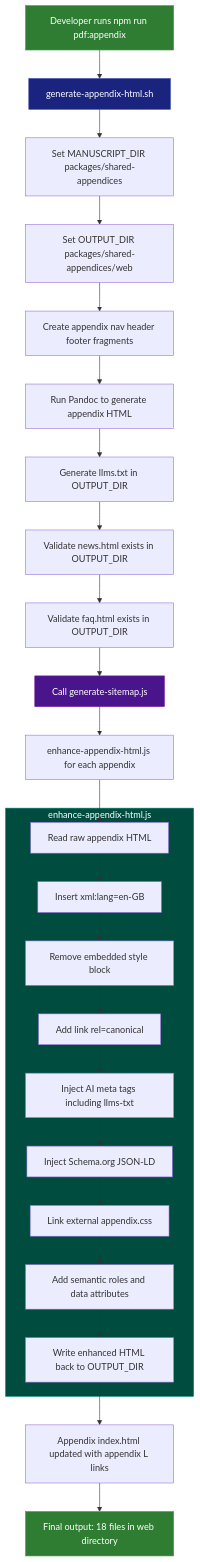
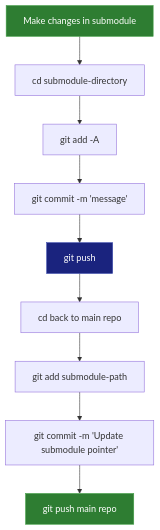
The fourth of 4 diagrams in docs/architecture/doc-architecture.md (ddttom/invisible-users), drawn with Mermaid before and after one commit. The commit also changed other lines of this file, not shown here.

First line of the commit message:
Comprehensive architecture documentation rewrite

````diff
--- a/docs/architecture/doc-architecture.md
+++ b/docs/architecture/doc-architecture.md
@@ -35,42 +457,15 @@
 ```mermaid
 flowchart TB
-    A[Developer runs npm run pdf:appendix] --> B[generate-appendix-html.sh]
+    A[Make changes in submodule] --> B[cd submodule-directory]
+    B --> C[git add -A]
+    C --> D[git commit -m 'message']
+    D --> E[git push]
+    E --> F[cd back to main repo]
+    F --> G[git add submodule-path]
+    G --> H[git commit -m 'Update submodule pointer']
+    H --> I[git push main repo]
 
-    B --> C[Set MANUSCRIPT_DIR packages/shared-appendices]
-    C --> D[Set OUTPUT_DIR packages/shared-appendices/web]
-
-    D --> E[Create appendix nav header footer fragments]
-    E --> F[Run Pandoc to generate appendix HTML]
-
-    F --> G[Generate llms.txt in OUTPUT_DIR]
-
-    G --> H[Validate news.html exists in OUTPUT_DIR]
-    H --> I[Validate faq.html exists in OUTPUT_DIR]
-
-    I --> J[Call generate-sitemap.js]
-
-    J --> K[enhance-appendix-html.js for each appendix]
-
-    subgraph enhance[enhance-appendix-html.js]
-        K1[Read raw appendix HTML]
-        K2[Insert xml:lang=en-GB]
-        K3[Remove embedded style block]
-        K4[Add link rel=canonical]
-        K5[Inject AI meta tags including llms-txt]
-        K6[Inject Schema.org JSON-LD]
-        K7[Link external appendix.css]
-        K8[Add semantic roles and data attributes]
-        K9[Write enhanced HTML back to OUTPUT_DIR]
-    end
-
-    K --> K1 --> K2 --> K3 --> K4 --> K5 --> K6 --> K7 --> K8 --> K9
-
-    K9 --> L[Appendix index.html updated with appendix L links]
-    L --> M[Final output: 18 files in web directory]
-
-    style B fill:#1a237e,stroke:#3949ab,color:#fff
-    style enhance fill:#004d40,stroke:#00897b,color:#fff
-    style J fill:#4a148c,stroke:#7b1fa2,color:#fff
     style A fill:#2e7d32,stroke:#43a047,color:#fff
-    style M fill:#2e7d32,stroke:#43a047,color:#fff
+    style E fill:#1a237e,stroke:#3949ab,color:#fff
+    style I fill:#2e7d32,stroke:#43a047,color:#fff
 ```
````
